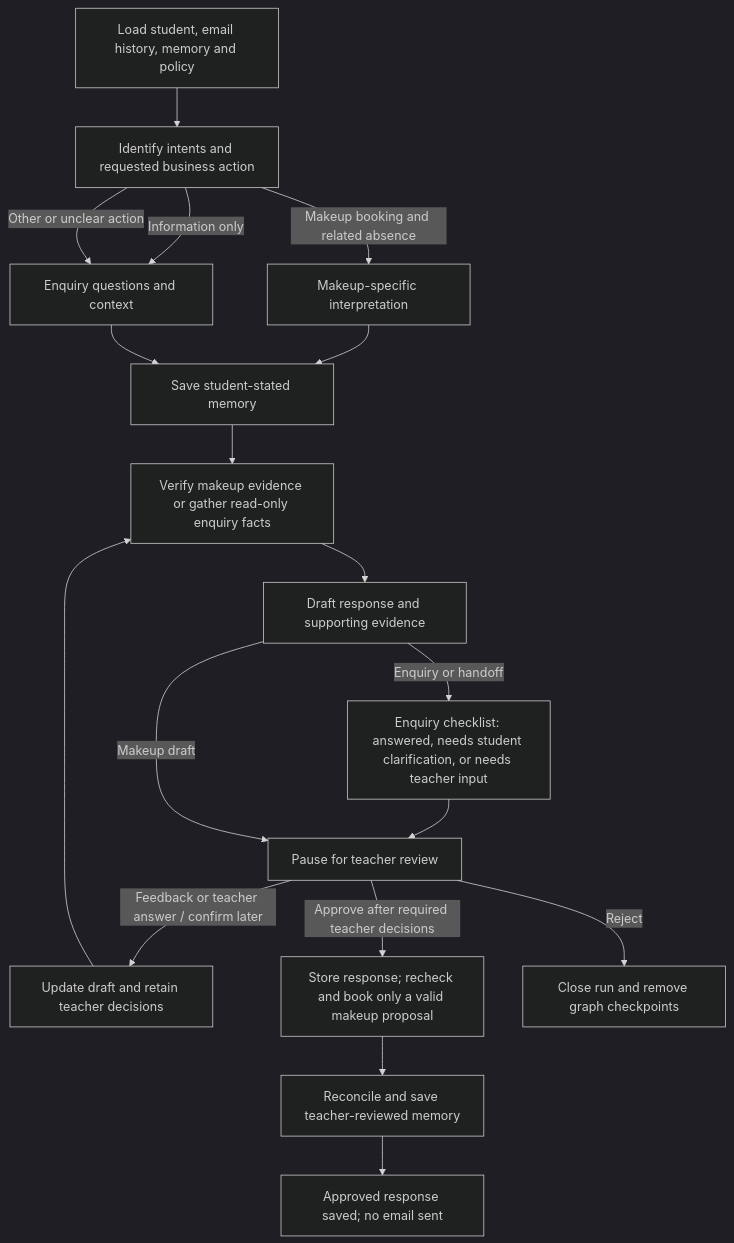
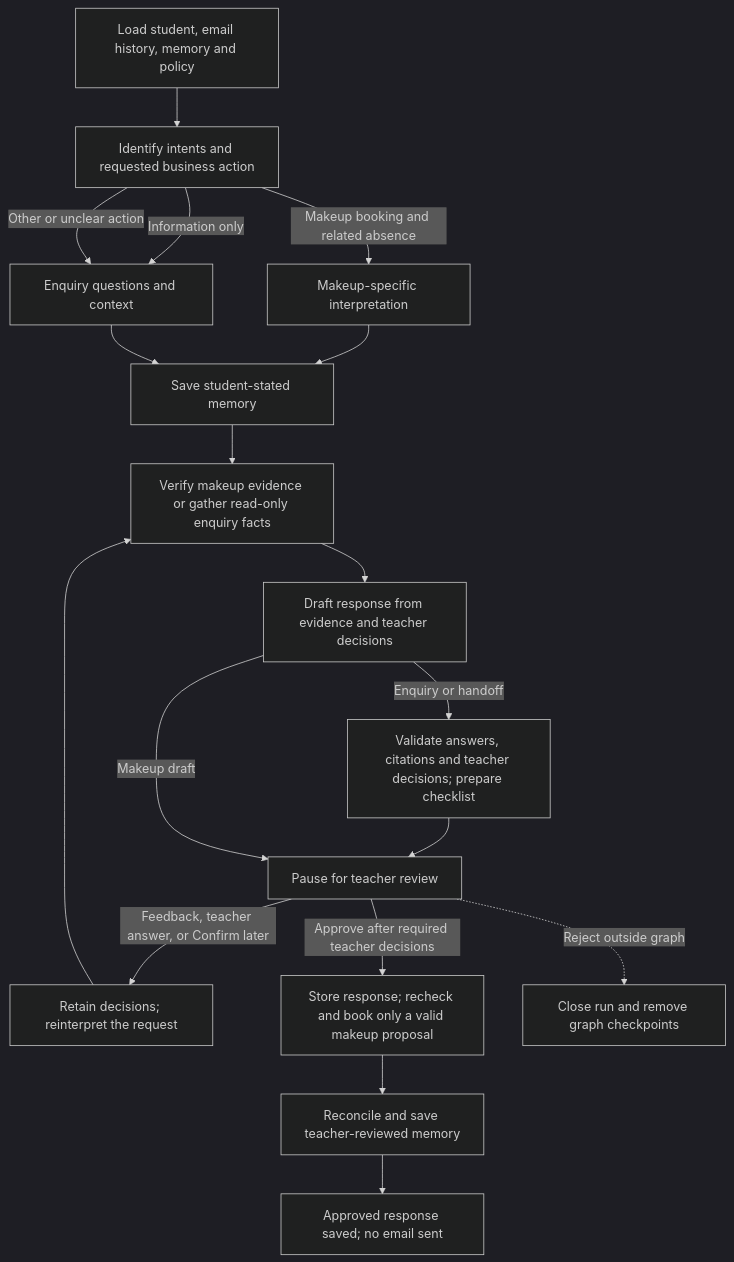
The diagram in docs/03-makeup-workflow.md (manjunjiangclara-cmyk/dance-studio-agent), drawn with Mermaid (dark theme) before and after one commit. The commit also changed other lines of this file, not shown here.

Commit message:
docs: refresh LangGraph workflow diagram

````diff
--- a/docs/03-makeup-workflow.md
+++ b/docs/03-makeup-workflow.md
@@ -7,20 +7,20 @@
 ```mermaid
 flowchart TD
     A[Load student, email history, memory and policy] --> R[Identify intents and requested business action]
     R -->|Makeup booking and related absence| B[Makeup-specific interpretation]
     R -->|Information only| X[Enquiry questions and context]
     R -->|Other or unclear action| X
     B --> C[Save student-stated memory]
     X --> C
     C --> D[Verify makeup evidence or gather read-only enquiry facts]
-    D --> E[Draft response and supporting evidence]
-    E -->|Enquiry or handoff| K["Enquiry checklist: answered, needs student clarification, or needs teacher input"]
+    D --> E[Draft response from evidence and teacher decisions]
+    E -->|Enquiry or handoff| K["Validate answers, citations and teacher decisions; prepare checklist"]
     K --> F[Pause for teacher review]
     E -->|Makeup draft| F
-    F -->|Feedback or teacher answer / confirm later| V[Update draft and retain teacher decisions]
+    F -->|Feedback, teacher answer, or Confirm later| V[Retain decisions; reinterpret the request]
     V --> D
     F -->|Approve after required teacher decisions| G[Store response; recheck and book only a valid makeup proposal]
     G --> H[Reconcile and save teacher-reviewed memory]
     H --> J[Approved response saved; no email sent]
-    F -->|Reject| I[Close run and remove graph checkpoints]
+    F -.->|Reject outside graph| I[Close run and remove graph checkpoints]
 ```
````
